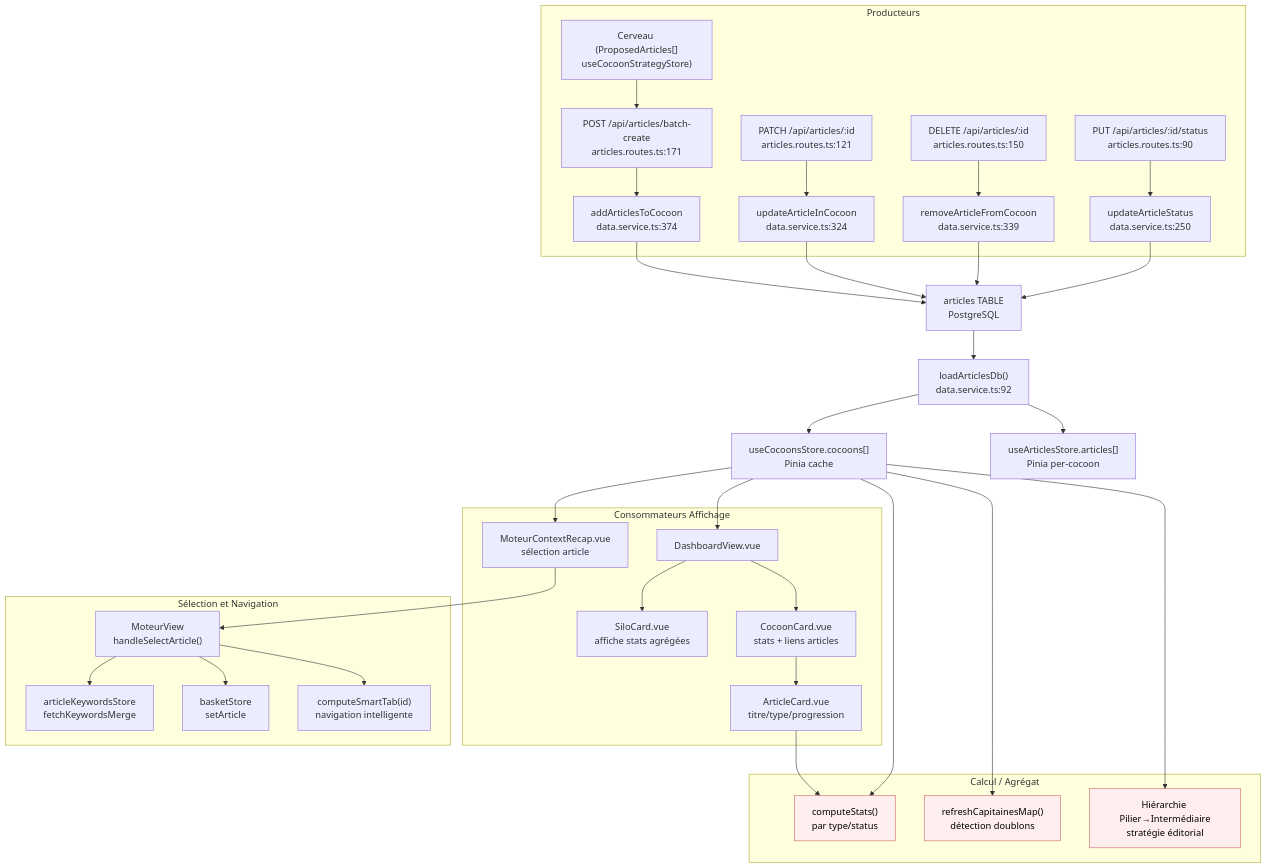
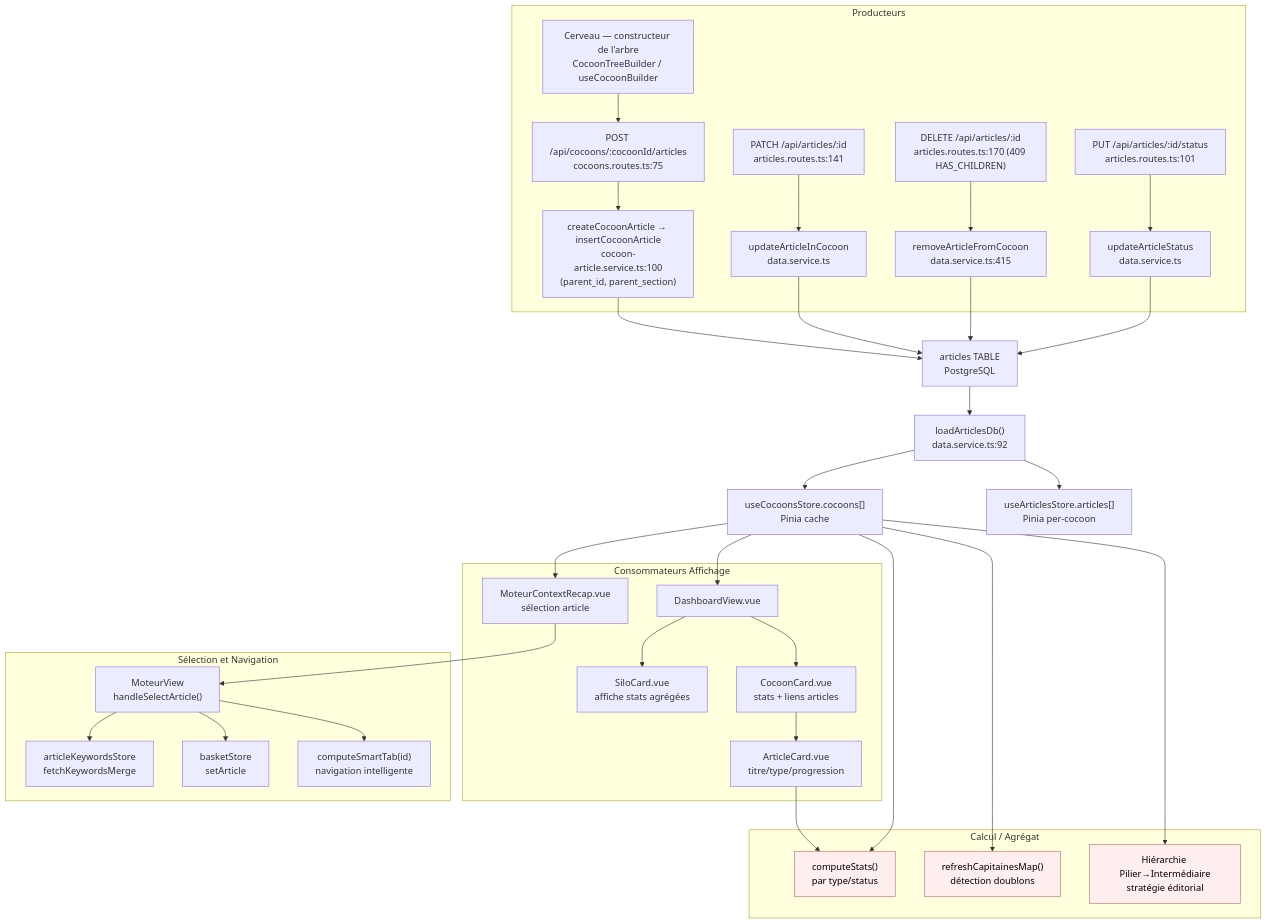
Before and after one commit to annubis-knight/Blog_Redactor_SEO: the diagram in docs/data-flows/articles.md, drawn with Mermaid. The commit also changed other lines of this file and 20 other files, not shown here.

````diff
--- a/docs/data-flows/articles.md
+++ b/docs/data-flows/articles.md
@@ -157,67 +191,67 @@
 ```mermaid
 flowchart TD
     subgraph Producteurs["Producteurs"]
-        Cerveau["Cerveau (ProposedArticles[]<br/>useCocoonStrategyStore)"]
-        EP1["POST /api/articles/batch-create<br/>articles.routes.ts:171"]
-        SVC1["addArticlesToCocoon<br/>data.service.ts:374"]
-        EP2["PATCH /api/articles/:id<br/>articles.routes.ts:121"]
-        SVC2["updateArticleInCocoon<br/>data.service.ts:324"]
-        EP3["DELETE /api/articles/:id<br/>articles.routes.ts:150"]
-        SVC3["removeArticleFromCocoon<br/>data.service.ts:339"]
-        EP4["PUT /api/articles/:id/status<br/>articles.routes.ts:90"]
-        SVC4["updateArticleStatus<br/>data.service.ts:250"]
+        Cerveau["Cerveau — constructeur de l'arbre<br/>CocoonTreeBuilder / useCocoonBuilder"]
+        EP1["POST /api/cocoons/:cocoonId/articles<br/>cocoons.routes.ts:75"]
+        SVC1["createCocoonArticle → insertCocoonArticle<br/>cocoon-article.service.ts:100<br/>(parent_id, parent_section)"]
+        EP2["PATCH /api/articles/:id<br/>articles.routes.ts:141"]
+        SVC2["updateArticleInCocoon<br/>data.service.ts"]
+        EP3["DELETE /api/articles/:id<br/>articles.routes.ts:170 (409 HAS_CHILDREN)"]
+        SVC3["removeArticleFromCocoon<br/>data.service.ts:415"]
+        EP4["PUT /api/articles/:id/status<br/>articles.routes.ts:101"]
+        SVC4["updateArticleStatus<br/>data.service.ts"]
     end
     
     Cerveau --> EP1
     EP1 --> SVC1
     EP2 --> SVC2
     EP3 --> SVC3
     EP4 --> SVC4
     
     SVC1 --> DB["articles TABLE<br/>PostgreSQL"]
     SVC2 --> DB
     SVC3 --> DB
     SVC4 --> DB
     
     DB --> Load["loadArticlesDb()<br/>data.service.ts:92"]
     Load --> Cache["useCocoonsStore.cocoons[]<br/>Pinia cache"]
     Load --> Cache2["useArticlesStore.articles[]<br/>Pinia per-cocoon"]
     
     subgraph Consommateurs["Consommateurs Affichage"]
         DV["DashboardView.vue"]
         SiloCard["SiloCard.vue<br/>affiche stats agrégées"]
         CocoonCard["CocoonCard.vue<br/>stats + liens articles"]
         ArticleCard["ArticleCard.vue<br/>titre/type/progression"]
         MCR["MoteurContextRecap.vue<br/>sélection article"]
     end
     
     subgraph Sélection["Sélection et Navigation"]
         MV["MoteurView<br/>handleSelectArticle()"]
         AKS["articleKeywordsStore<br/>fetchKeywordsMerge"]
         BS["basketStore<br/>setArticle"]
         SmartTab["computeSmartTab(id)<br/>navigation intelligente"]
     end
     
     subgraph Calcul["Calcul / Agrégat"]
         Stats["computeStats()<br/>par type/status"]
         Canib["refreshCapitainesMap()<br/>détection doublons"]
         Hier["Hiérarchie Pilier→Intermédiaire<br/>stratégie éditorial"]
     end
     
     Cache --> DV
     DV --> SiloCard
     DV --> CocoonCard
     CocoonCard --> ArticleCard
     Cache --> MCR
     MCR --> MV
     MV --> AKS
     MV --> BS
     MV --> SmartTab
     
     ArticleCard --> Stats:::calc
     Cache --> Stats
     Cache --> Canib:::calc
     Cache --> Hier:::calc
     
     classDef calc fill:#fee,stroke:#c66,color:#000
 ```
````
